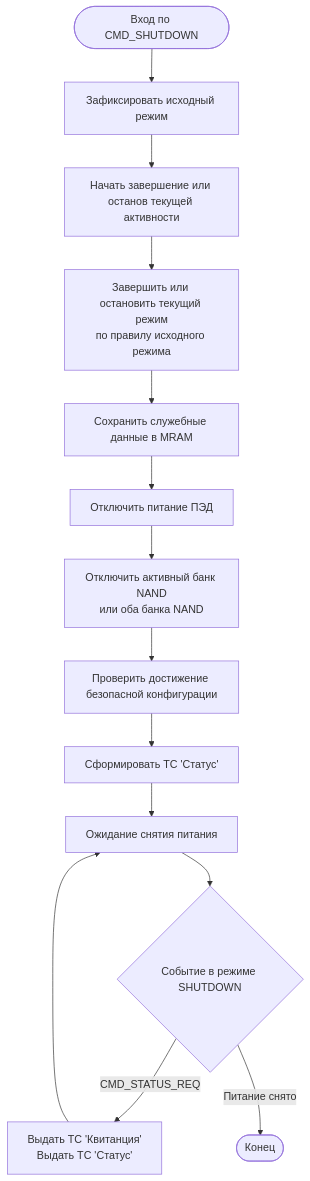
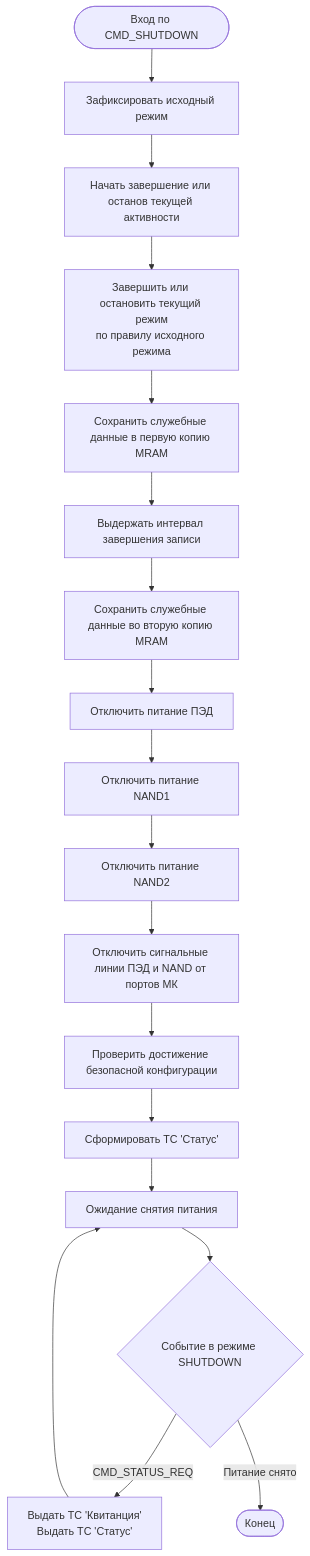
One commit to VaheVahanyan/NATALIA_Algorithm changed the diagram in diagrams/shutdown_mode.mmd. Above: the diagram before and after it, drawn with Mermaid. The commit also changed 19 other files, not shown here.

```diff
--- a/diagrams/shutdown_mode.mmd
+++ b/diagrams/shutdown_mode.mmd
@@ -1,17 +1,21 @@
 flowchart TD
     A([Вход по CMD_SHUTDOWN]) --> B[Зафиксировать исходный режим]
     B --> C[Начать завершение или останов текущей активности]
     C --> D["Завершить или остановить текущий режим<br/>по правилу исходного режима"]
-    D --> E[Сохранить служебные данные в MRAM]
-    E --> F[Отключить питание ПЭД]
-    F --> G["Отключить активный банк NAND<br/>или оба банка NAND"]
-    G --> H[Проверить достижение безопасной конфигурации]
-    H --> I["Сформировать ТС 'Статус'"]
-    I --> J[Ожидание снятия питания]
+    D --> E[Сохранить служебные данные в первую копию MRAM]
+    E --> E1[Выдержать интервал завершения записи]
+    E1 --> E2[Сохранить служебные данные во вторую копию MRAM]
+    E2 --> F[Отключить питание ПЭД]
+    F --> G[Отключить питание NAND1]
+    G --> H[Отключить питание NAND2]
+    H --> H1[Отключить сигнальные линии ПЭД и NAND от портов МК]
+    H1 --> I[Проверить достижение безопасной конфигурации]
+    I --> J["Сформировать ТС 'Статус'"]
+    J --> K[Ожидание снятия питания]
 
-    J --> K{"Событие в режиме SHUTDOWN"}
+    K --> L{"Событие в режиме SHUTDOWN"}
 
-    K -- "CMD_STATUS_REQ" --> L["Выдать ТС 'Квитанция'<br/>Выдать ТС 'Статус'"]
-    K -- "Питание снято" --> M([Конец])
+    L -- "CMD_STATUS_REQ" --> M["Выдать ТС 'Квитанция'<br/>Выдать ТС 'Статус'"]
+    L -- "Питание снято" --> N([Конец])
 
-    L --> J
+    M --> K
```
